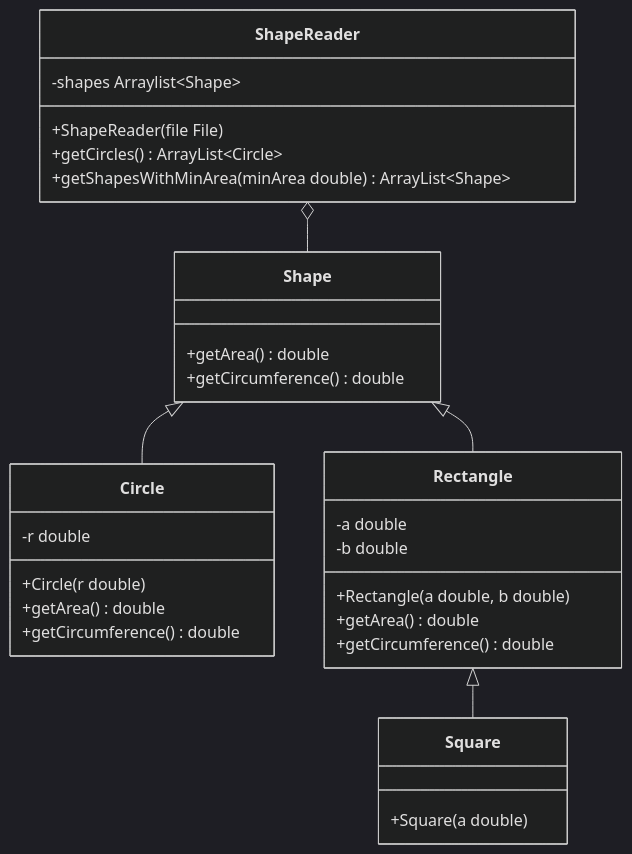
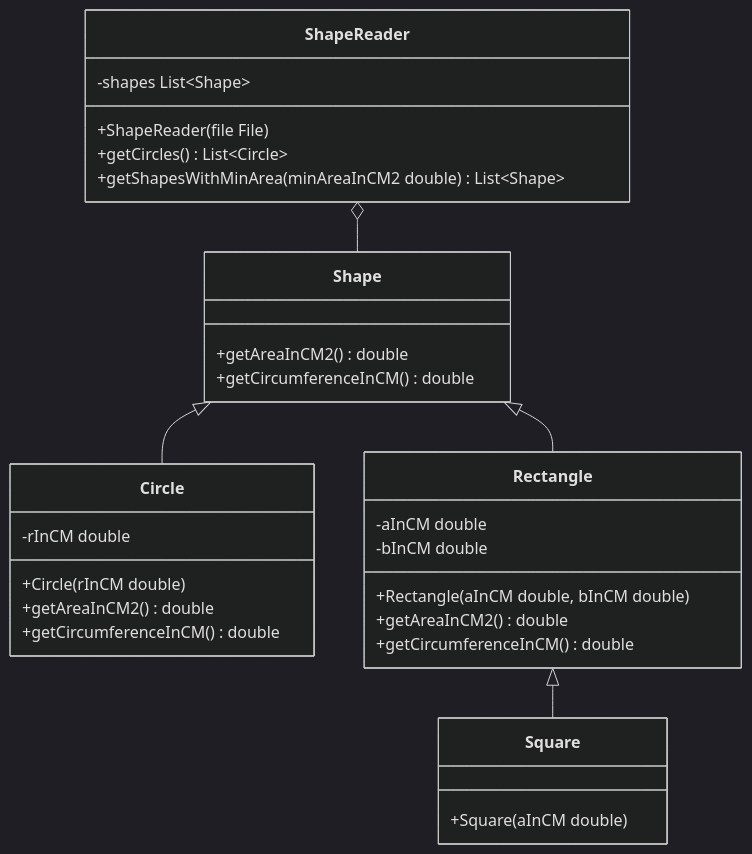
The diagram in docs/exam-exercises/exam-exercises-java1/shape.md (jappuccini/java-docs), drawn with Mermaid (dark theme) before and after one commit. The commit also changed other lines of this file, not shown here.

````diff
--- a/docs/exam-exercises/exam-exercises-java1/shape.md
+++ b/docs/exam-exercises/exam-exercises-java1/shape.md
@@ -11,38 +11,38 @@
 ```mermaid
 classDiagram
     ShapeReader o-- Shape
     Shape <|-- Circle
     Shape <|-- Rectangle
     Rectangle <|-- Square
 
     class ShapeReader {
-        -shapes Arraylist~Shape~
+        -shapes List~Shape~
         +ShapeReader(file File)
-        +getCircles() ArrayList~Circle~
-        +getShapesWithMinArea(minArea double) ArrayList~Shape~
+        +getCircles() List~Circle~
+        +getShapesWithMinArea(minAreaInCM2 double) List~Shape~
     }
 
     class Shape {
-        +getArea() double
-        +getCircumference() double
+        +getAreaInCM2() double
+        +getCircumferenceInCM() double
     }
 
     class Circle {
-        -r double
-        +Circle(r double)
-        +getArea() double
-        +getCircumference() double
+        -rInCM double
+        +Circle(rInCM double)
+        +getAreaInCM2() double
+        +getCircumferenceInCM() double
     }
 
     class Rectangle {
-        -a double
-        -b double
-        +Rectangle(a double, b double)
-        +getArea() double
-        +getCircumference() double
+        -aInCM double
+        -bInCM double
+        +Rectangle(aInCM double, bInCM double)
+        +getAreaInCM2() double
+        +getCircumferenceInCM() double
     }
 
     class Square {
-        +Square(a double)
+        +Square(aInCM double)
     }
 ```
````
